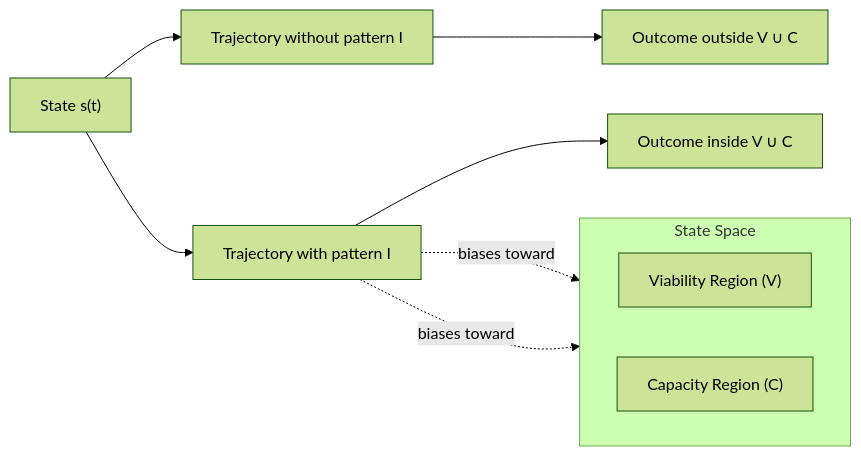
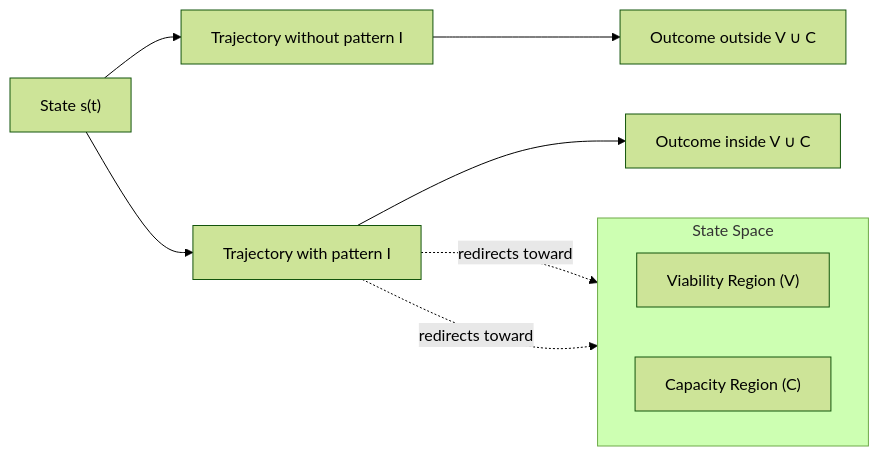
Before and after one commit to CuriousOne23/WhenMathPrays: the third of 6 diagrams in docs/dynamic-information.md, drawn with Mermaid (forest theme). The commit also changed other lines of this file, not shown here.

````diff
--- a/docs/dynamic-information.md
+++ b/docs/dynamic-information.md
@@ -457,18 +476,18 @@
 ```mermaid
 flowchart LR
     subgraph S["State Space"]
         direction LR
         V["Viability Region (V)"]
         C["Capacity Region (C)"]
     end
 
     A["State s(t)"]
     T0["Trajectory without pattern I"]
     T1["Trajectory with pattern I"]
 
     A --> T0 --> X["Outcome outside V ∪ C"]
     A --> T1 --> Y["Outcome inside V ∪ C"]
 
-    T1 -. biases toward .-> V
-    T1 -. biases toward .-> C
+    T1 -. redirects toward .-> V
+    T1 -. redirects toward .-> C
 ```
````
